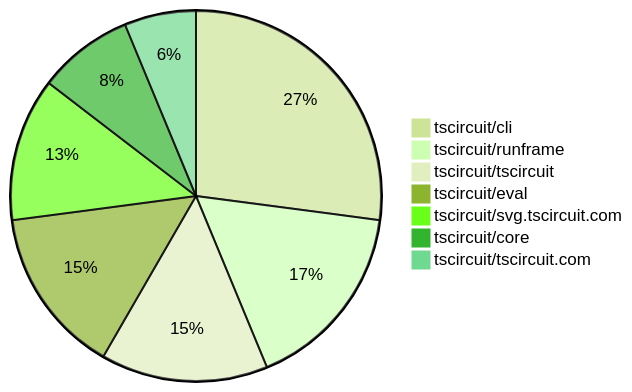
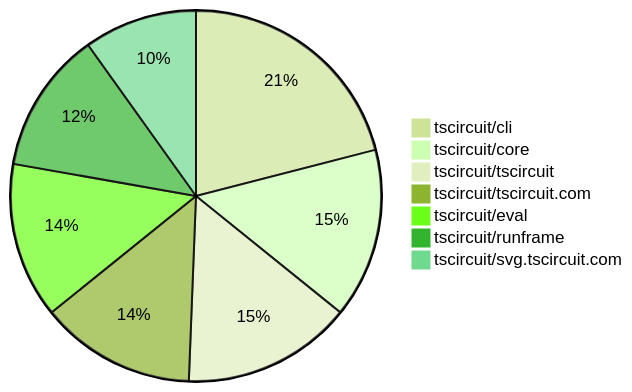
The second of 2 diagrams in contribution-overviews/2025-11-12.md (tscircuit/contribution-tracker), drawn with Mermaid (forest theme) before and after one commit. The commit also changed other lines of this file and 3 other files, not shown here.

````diff
--- a/contribution-overviews/2025-11-12.md
+++ b/contribution-overviews/2025-11-12.md
@@ -76,10 +86,10 @@
 ```mermaid
 pie
-    "tscircuit/cli" : 13
-    "tscircuit/runframe" : 8
-    "tscircuit/tscircuit" : 7
-    "tscircuit/eval" : 7
-    "tscircuit/svg.tscircuit.com" : 6
-    "tscircuit/core" : 4
-    "tscircuit/tscircuit.com" : 3
+    "tscircuit/cli" : 17
+    "tscircuit/core" : 12
+    "tscircuit/tscircuit" : 12
+    "tscircuit/tscircuit.com" : 11
+    "tscircuit/eval" : 11
+    "tscircuit/runframe" : 10
+    "tscircuit/svg.tscircuit.com" : 8
 ```
````
